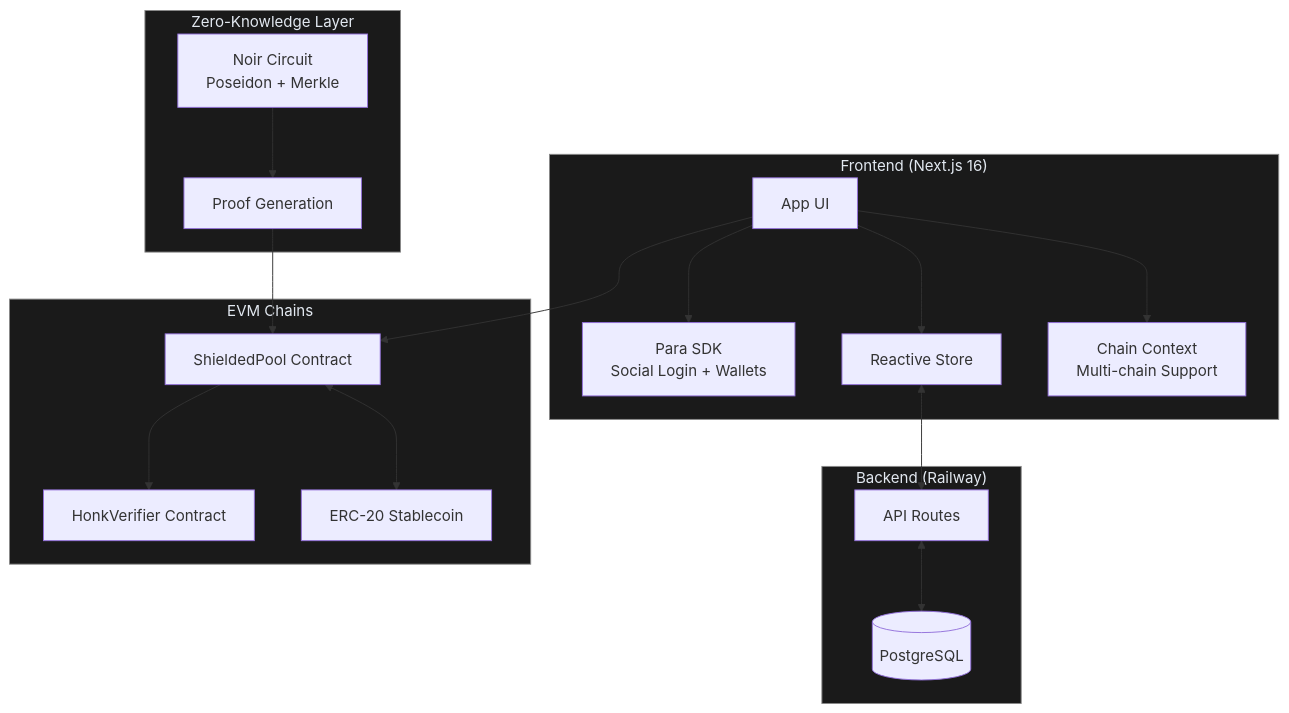
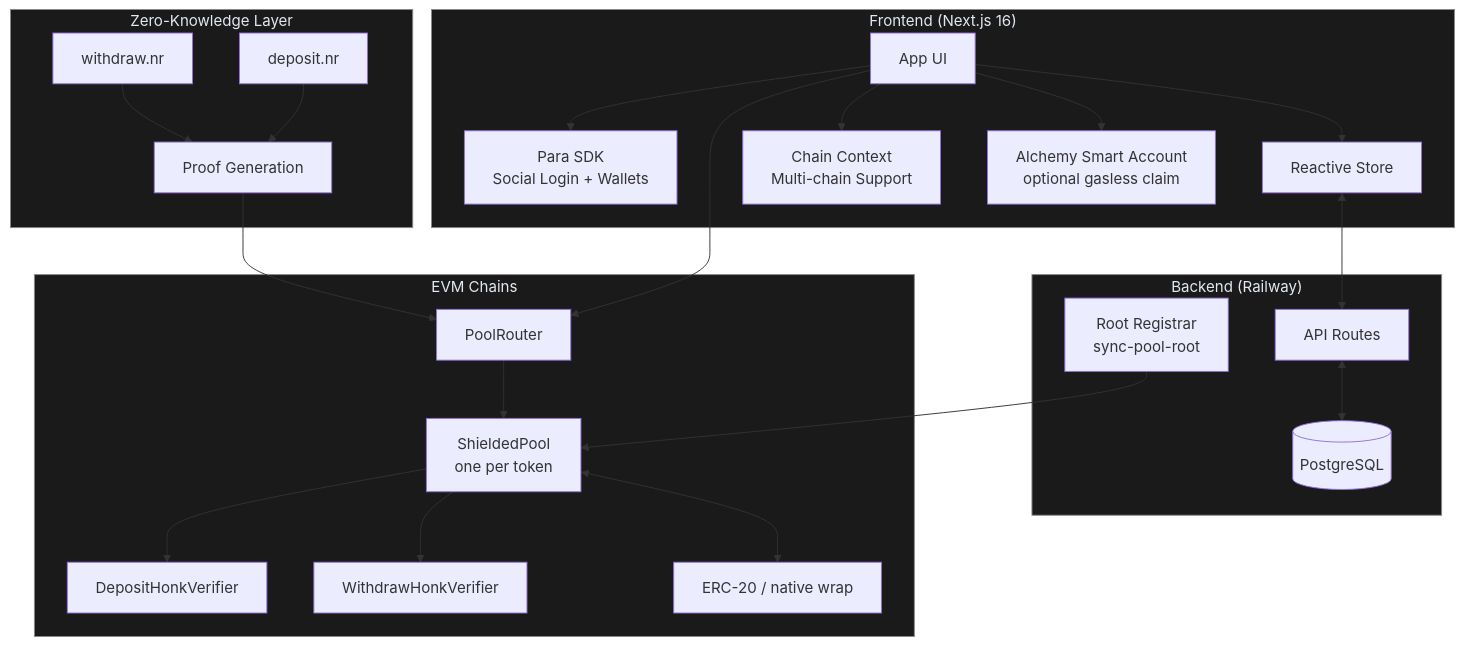
The diagram in README.md (0xj4an/blizkperse), drawn with Mermaid before and after one commit. The commit also changed other lines of this file and 7 other files, not shown here.

First line of the commit message:
Update docs for PoolRouter multi-token production model.

````diff
--- a/README.md
+++ b/README.md
@@ -21,41 +21,51 @@
 ```mermaid
 graph TB
     subgraph Frontend["Frontend (Next.js 16)"]
         UI[App UI]
         Auth[Para SDK<br/>Social Login + Wallets]
         Store[Reactive Store]
         Chain[Chain Context<br/>Multi-chain Support]
+        AA[Alchemy Smart Account<br/>optional gasless claim]
     end
 
     subgraph Backend["Backend (Railway)"]
         API[API Routes]
         DB[(PostgreSQL)]
+        Registrar[Root Registrar<br/>sync-pool-root]
     end
 
     subgraph Blockchain["EVM Chains"]
-        Pool[ShieldedPool Contract]
-        Verifier[HonkVerifier Contract]
-        Token[ERC-20 Stablecoin]
+        Router[PoolRouter]
+        Pool[ShieldedPool<br/>one per token]
+        DepV[DepositHonkVerifier]
+        WdV[WithdrawHonkVerifier]
+        Token[ERC-20 / native wrap]
     end
 
     subgraph ZK["Zero-Knowledge Layer"]
-        Circuit[Noir Circuit<br/>Poseidon + Merkle]
+        DepC[deposit.nr]
+        WdC[withdraw.nr]
         Proof[Proof Generation]
     end
 
     UI --> Auth
     UI --> Store
     UI --> Chain
+    UI --> AA
     Store <--> API
     API <--> DB
-    UI --> Pool
-    Pool --> Verifier
+    UI --> Router
+    Router --> Pool
+    Pool --> DepV
+    Pool --> WdV
     Pool <--> Token
-    Proof --> Pool
-    Circuit --> Proof
+    Registrar --> Pool
+    DepC --> Proof
+    WdC --> Proof
+    Proof --> Router
 
     style Frontend fill:#1a1a1a,stroke:#888,color:#e2e8f0
     style Backend fill:#1a1a1a,stroke:#888,color:#e2e8f0
     style Blockchain fill:#1a1a1a,stroke:#888,color:#e2e8f0
     style ZK fill:#1a1a1a,stroke:#888,color:#e2e8f0
 ```
````
